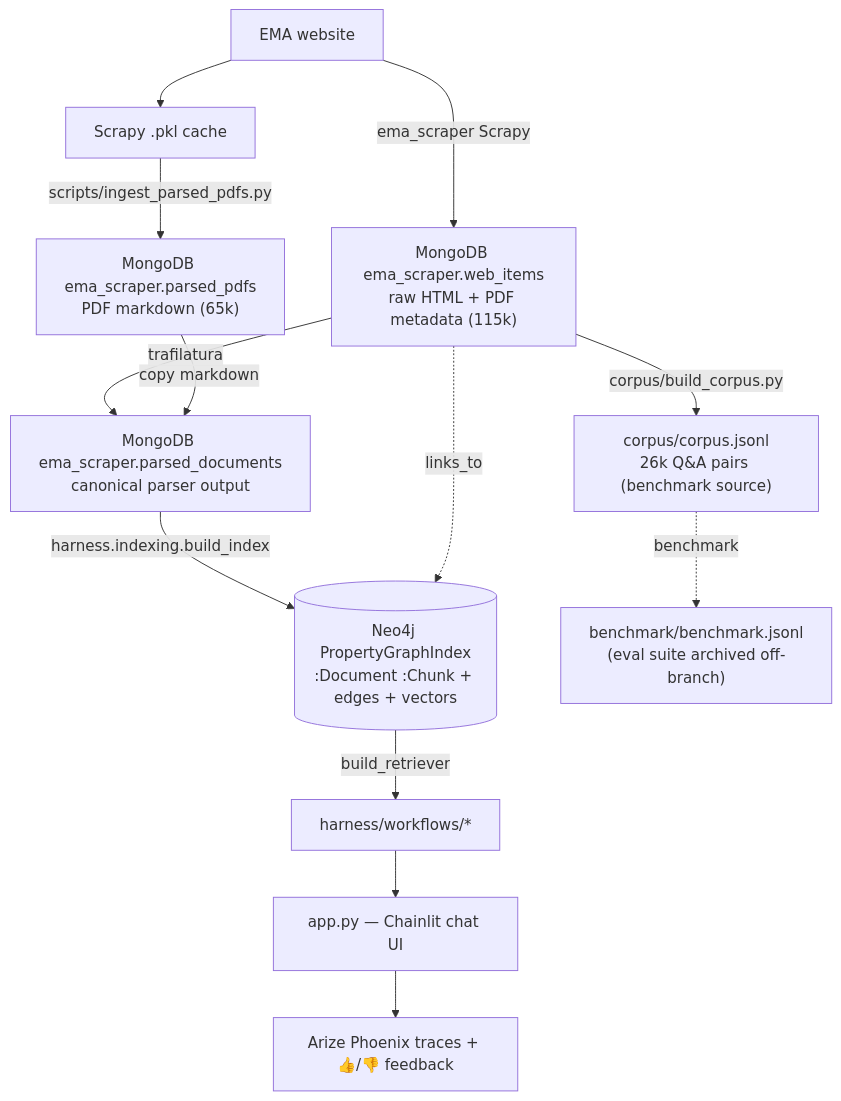
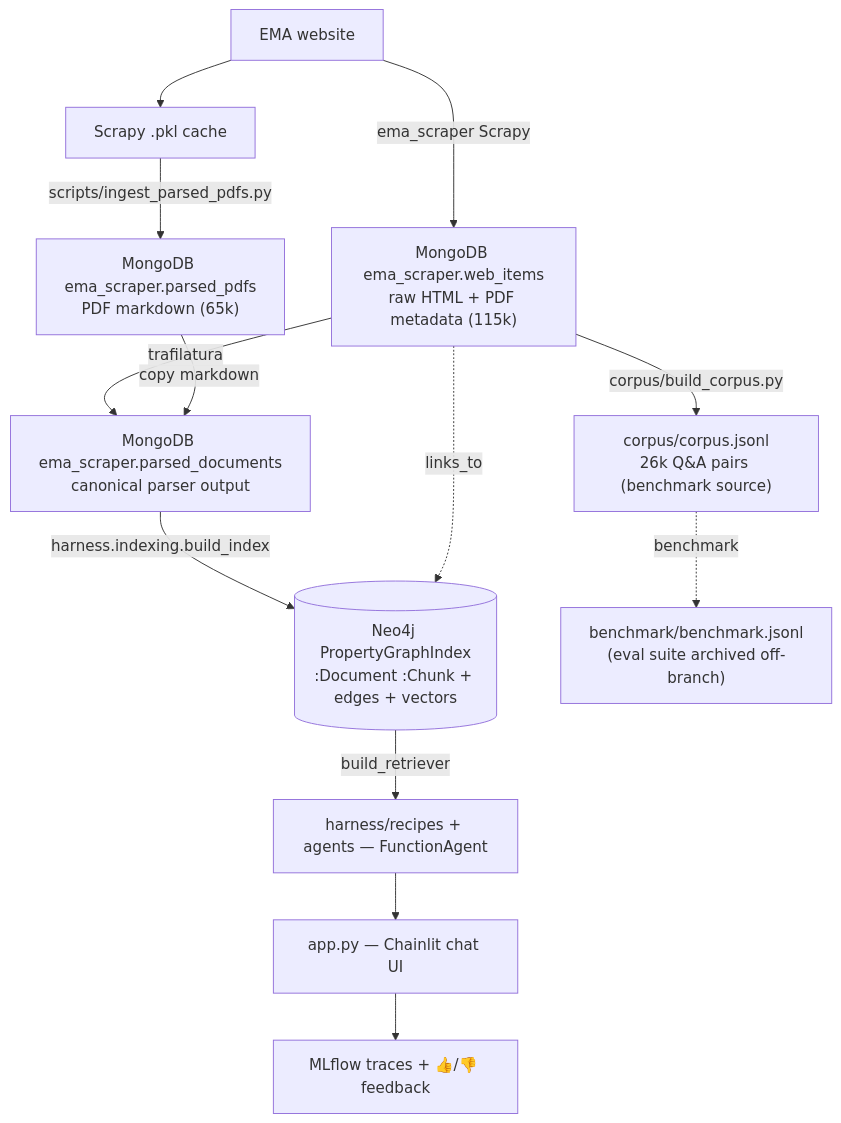
The diagram in docs/ARCHITECTURE.md (MoritzImendoerffer/ema_nlp), drawn with Mermaid before and after one commit. The commit also changed other lines of this file and 124 other files, not shown here.

````diff
--- a/docs/ARCHITECTURE.md
+++ b/docs/ARCHITECTURE.md
@@ -16,19 +16,19 @@
 ```mermaid
 flowchart TD
     EMA[EMA website] -->|ema_scraper Scrapy| WI["MongoDB ema_scraper.web_items<br/>raw HTML + PDF metadata (115k)"]
     EMA --> PPK[Scrapy .pkl cache]
     PPK -->|scripts/ingest_parsed_pdfs.py| PP["MongoDB ema_scraper.parsed_pdfs<br/>PDF markdown (65k)"]
 
     WI -->|trafilatura| PD["MongoDB ema_scraper.parsed_documents<br/>canonical parser output"]
     PP -->|copy markdown| PD
 
     WI -->|corpus/build_corpus.py| CJ["corpus/corpus.jsonl<br/>26k Q&A pairs (benchmark source)"]
 
     PD -->|harness.indexing.build_index| NEO[("Neo4j PropertyGraphIndex<br/>:Document :Chunk + edges + vectors")]
     WI -. links_to .-> NEO
 
-    NEO -->|build_retriever| WF["harness/workflows/*"]
+    NEO -->|build_retriever| WF["harness/recipes + agents — FunctionAgent"]
     WF --> APP["app.py — Chainlit chat UI"]
-    APP --> PHX[Arize Phoenix traces + 👍/👎 feedback]
+    APP --> PHX[MLflow traces + 👍/👎 feedback]
     CJ -.benchmark.-> BM["benchmark/benchmark.jsonl<br/>(eval suite archived off-branch)"]
 ```
````
